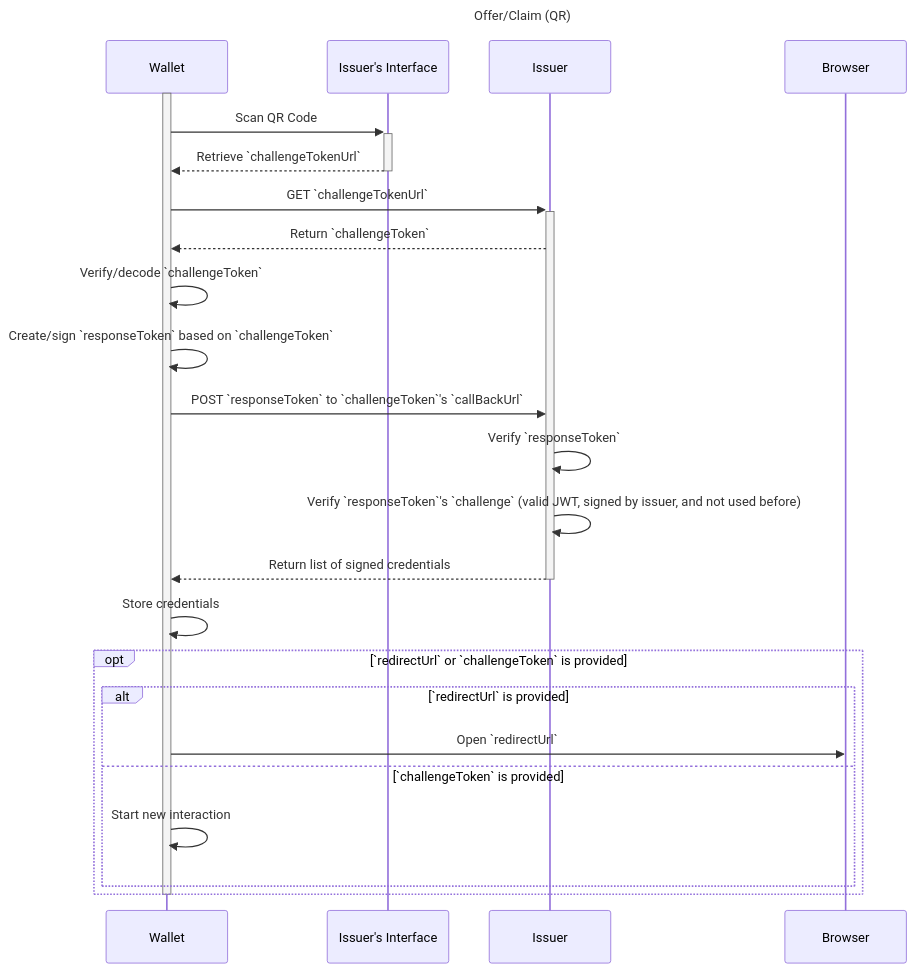
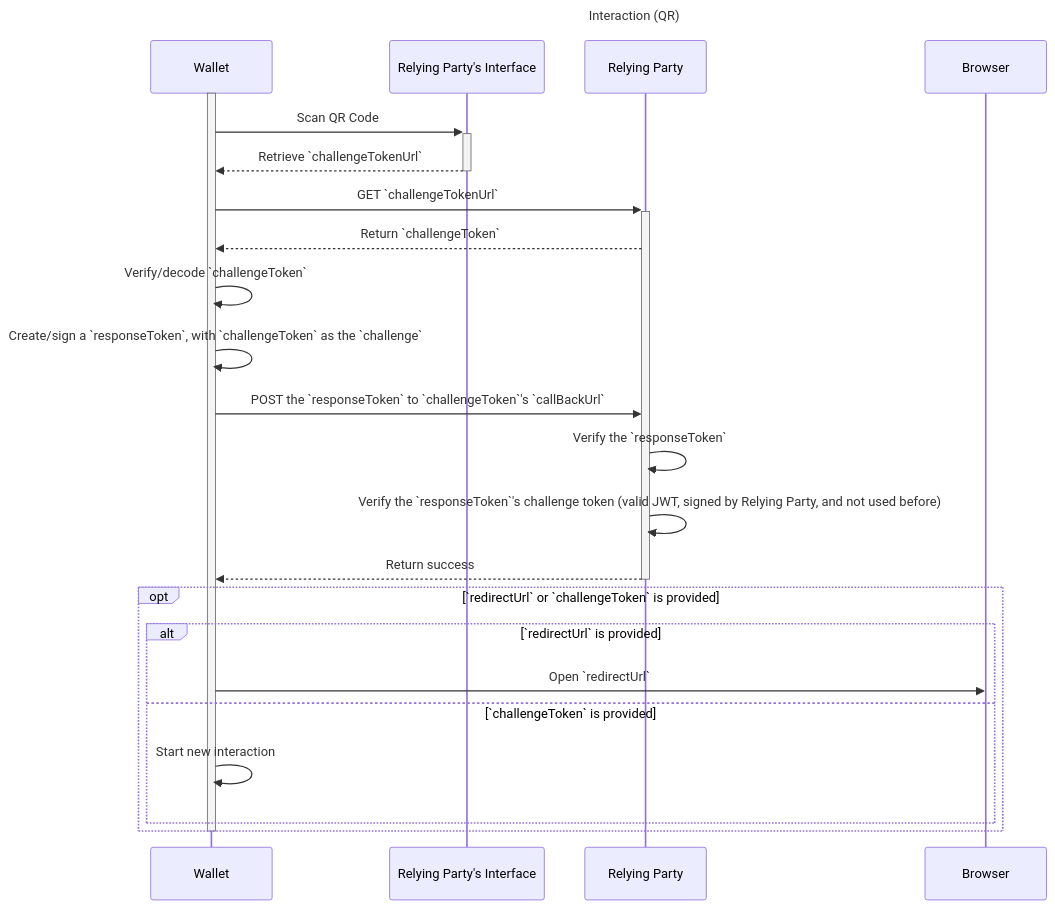
The first of 6 diagrams in spec/spec.md (decentralized-identity/waci-presentation-exchange), drawn with Mermaid before and after one commit. The commit also changed other lines of this file and 31 other files, not shown here.

````diff
--- a/spec/spec.md
+++ b/spec/spec.md
@@ -293,32 +185,30 @@
 ```mermaid
 sequenceDiagram
-  title: Offer/Claim (QR)
+  title: Interaction (QR)
 
   activate Wallet
 
-  Wallet ->>+ Issuer's Interface: Scan QR Code
-  Issuer's Interface -->>- Wallet: Retrieve `challengeTokenUrl`
+  Wallet ->>+ Relying Party's Interface: Scan QR Code
+  Relying Party's Interface -->>- Wallet: Retrieve `challengeTokenUrl`
 
-  Wallet ->>+ Issuer: GET `challengeTokenUrl`
-  Issuer -->> Wallet: Return `challengeToken`
+  Wallet ->>+ Relying Party: GET `challengeTokenUrl`
+  Relying Party -->> Wallet: Return `challengeToken`
 
   Wallet ->> Wallet: Verify/decode `challengeToken`
-  Wallet ->> Wallet: Create/sign `responseToken` based on `challengeToken`
+  Wallet ->> Wallet: Create/sign a `responseToken`, with `challengeToken` as the `challenge`
 
-  Wallet ->> Issuer: POST `responseToken` to `challengeToken`'s `callBackUrl`
-  Issuer ->> Issuer: Verify `responseToken`
-  Issuer ->> Issuer: Verify `responseToken`'s `challenge` (valid JWT, signed by issuer, and not used before)
-  Issuer -->>- Wallet: Return list of signed credentials
-
-  Wallet ->> Wallet: Store credentials
+  Wallet ->> Relying Party: POST the `responseToken` to `challengeToken`'s `callBackUrl`
+  Relying Party ->> Relying Party: Verify the `responseToken`
+  Relying Party ->> Relying Party: Verify the `responseToken`'s challenge token (valid JWT, signed by Relying Party, and not used before)
+  Relying Party -->>- Wallet: Return success
 
   opt `redirectUrl` or `challengeToken` is provided
     alt `redirectUrl` is provided
       Wallet ->> Browser: Open `redirectUrl`
     else `challengeToken` is provided
       Wallet ->> Wallet: Start new interaction
     end
   end
 
   deactivate Wallet
 ```
````
